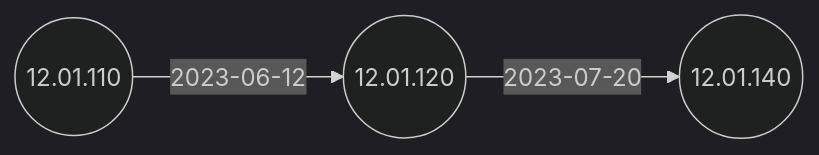
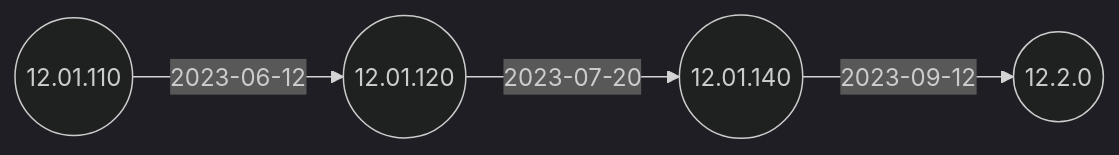
The second of 2 diagrams in docs/Docs/ReleaseNotes/04-OS12/README.md (IGEL-Community/IGEL-Docs-v02), drawn with Mermaid (dark theme) before and after one commit. The commit also changed other lines of this file and 2 other files, not shown here.

Commit message:
IGEL OS 12.2.0

````diff
--- a/docs/Docs/ReleaseNotes/04-OS12/README.md
+++ b/docs/Docs/ReleaseNotes/04-OS12/README.md
@@ -33,8 +33,10 @@
 ```mermaid
 flowchart LR
+    12.01.140-- 2023-09-12 -->12.2.0((12.2.0))
     12.01.120-- 2023-07-20 -->12.01.140((12.01.140))
     12.01.110((12.01.110))-- 2023-06-12 -->12.01.120((12.01.120))
+    click 12.2.0 "https://github.com/IGEL-Community/IGEL-Docs-v02/tree/main/docs/Docs/ReleaseNotes/04-OS12/readme12.2.0.txt" _blank
     click 12.01.140 "https://github.com/IGEL-Community/IGEL-Docs-v02/tree/main/docs/Docs/ReleaseNotes/04-OS12/readme12.01.140.1.txt" _blank
     click 12.01.120 "https://github.com/IGEL-Community/IGEL-Docs-v02/tree/main/docs/Docs/ReleaseNotes/04-OS12/readme12.01.120.1.txt" _blank
     click 12.01.110 "https://github.com/IGEL-Community/IGEL-Docs-v02/tree/main/docs/Docs/ReleaseNotes/04-OS12/readme12.01.110.1.txt" _blank
 ```
````
